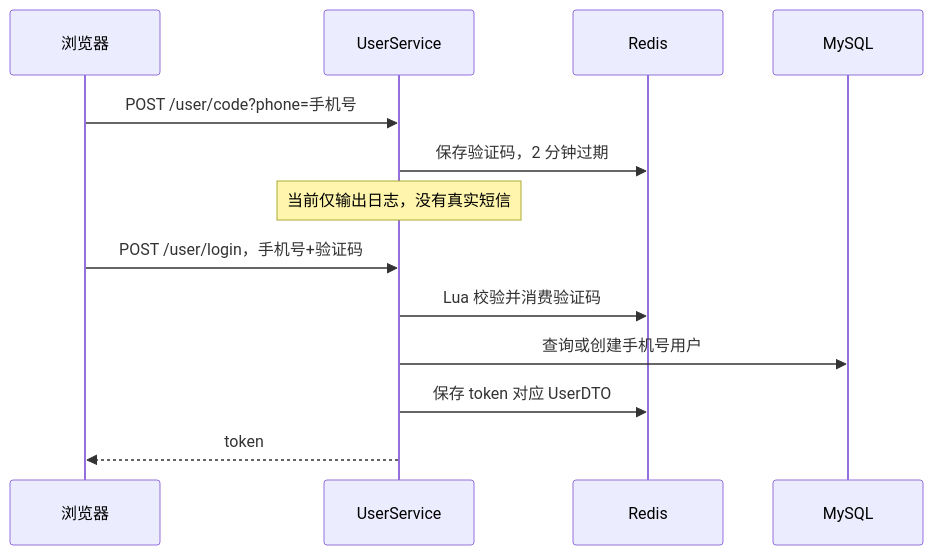
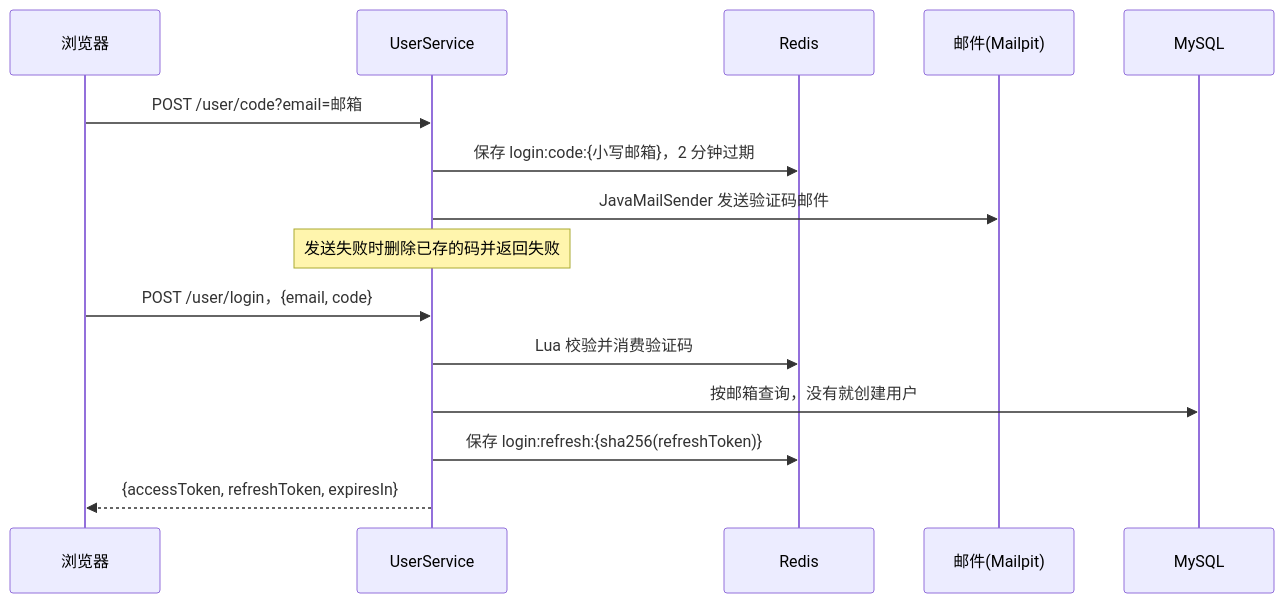
Before and after one commit to Coding-Lou/harbourdrop: the diagram in wiki/04-登录权限与签到.md, drawn with Mermaid. The commit also changed other lines of this file and 20 other files, not shown here.

````diff
--- a/wiki/04-登录权限与签到.md
+++ b/wiki/04-登录权限与签到.md
@@ -51,15 +69,17 @@
 ```mermaid
 sequenceDiagram
     participant B as 浏览器
     participant J as UserService
     participant R as Redis
+    participant M as 邮件(Mailpit)
     participant D as MySQL
-    B->>J: POST /user/code?phone=手机号
-    J->>R: 保存验证码，2 分钟过期
-    Note over J: 当前仅输出日志，没有真实短信
-    B->>J: POST /user/login，手机号+验证码
+    B->>J: POST /user/code?email=邮箱
+    J->>R: 保存 login:code:{小写邮箱}，2 分钟过期
+    J->>M: JavaMailSender 发送验证码邮件
+    Note over J: 发送失败时删除已存的码并返回失败
+    B->>J: POST /user/login，{email, code}
     J->>R: Lua 校验并消费验证码
-    J->>D: 查询或创建手机号用户
-    J->>R: 保存 token 对应 UserDTO
-    J-->>B: token
+    J->>D: 按邮箱查询，没有就创建用户
+    J->>R: 保存 login:refresh:{sha256(refreshToken)}
+    J-->>B: {accessToken, refreshToken, expiresIn}
 ```
````
